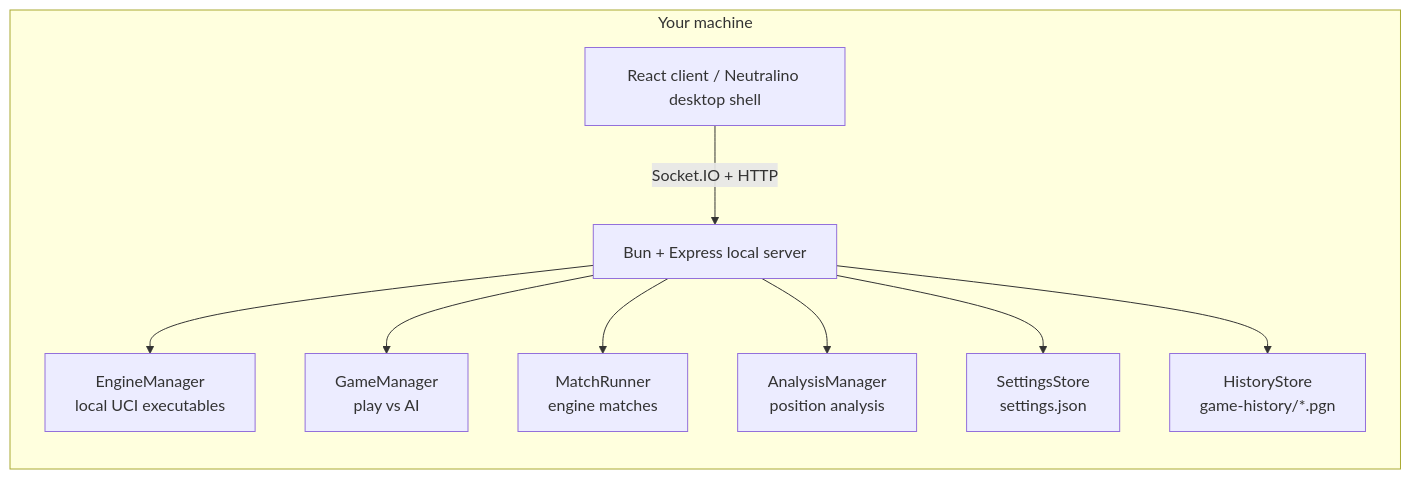
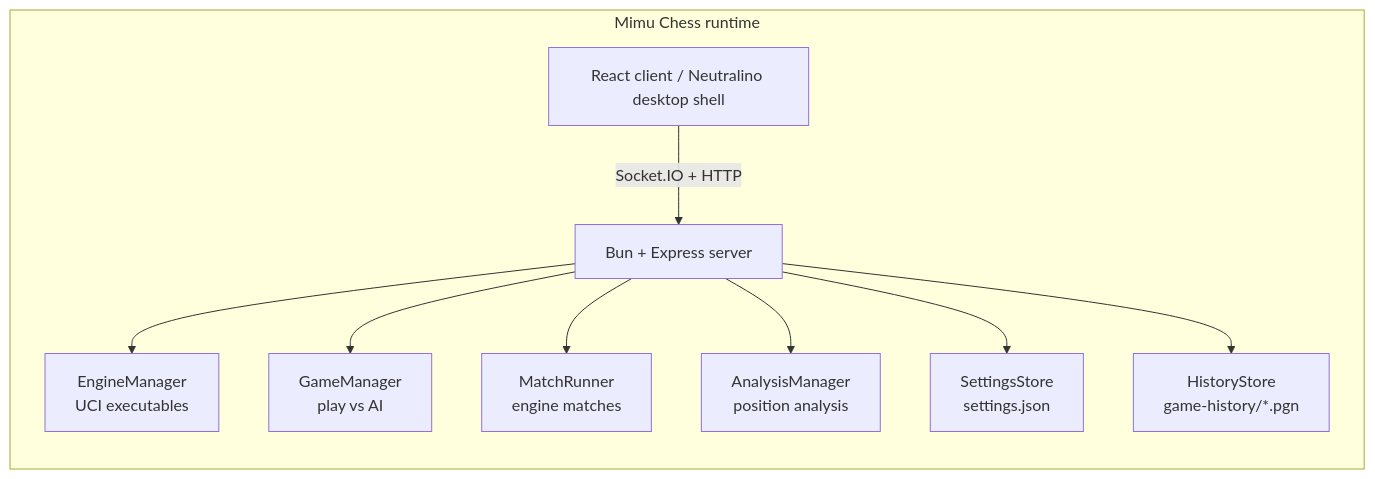
One commit to Mimu-Chess/mimu changed the diagram in README.md. Above: the diagram before and after it, drawn with Mermaid. The commit also changed other lines of this file, not shown here.

````diff
--- a/README.md
+++ b/README.md
@@ -24,21 +24,21 @@
 ```mermaid
 flowchart LR
-    subgraph Machine["Your machine"]
+    subgraph Machine["Mimu Chess runtime"]
         UI["React client / Neutralino desktop shell"]
-        API["Bun + Express local server"]
-        Engines["EngineManager<br/>local UCI executables"]
+        API["Bun + Express server"]
+        Engines["EngineManager<br/>UCI executables"]
         Play["GameManager<br/>play vs AI"]
         Match["MatchRunner<br/>engine matches"]
         Analysis["AnalysisManager<br/>position analysis"]
         Settings["SettingsStore<br/>settings.json"]
         History["HistoryStore<br/>game-history/*.pgn"]
     end
 
     UI -->|"Socket.IO + HTTP"| API
     API --> Engines
     API --> Play
     API --> Match
     API --> Analysis
     API --> Settings
     API --> History
 ```
````
